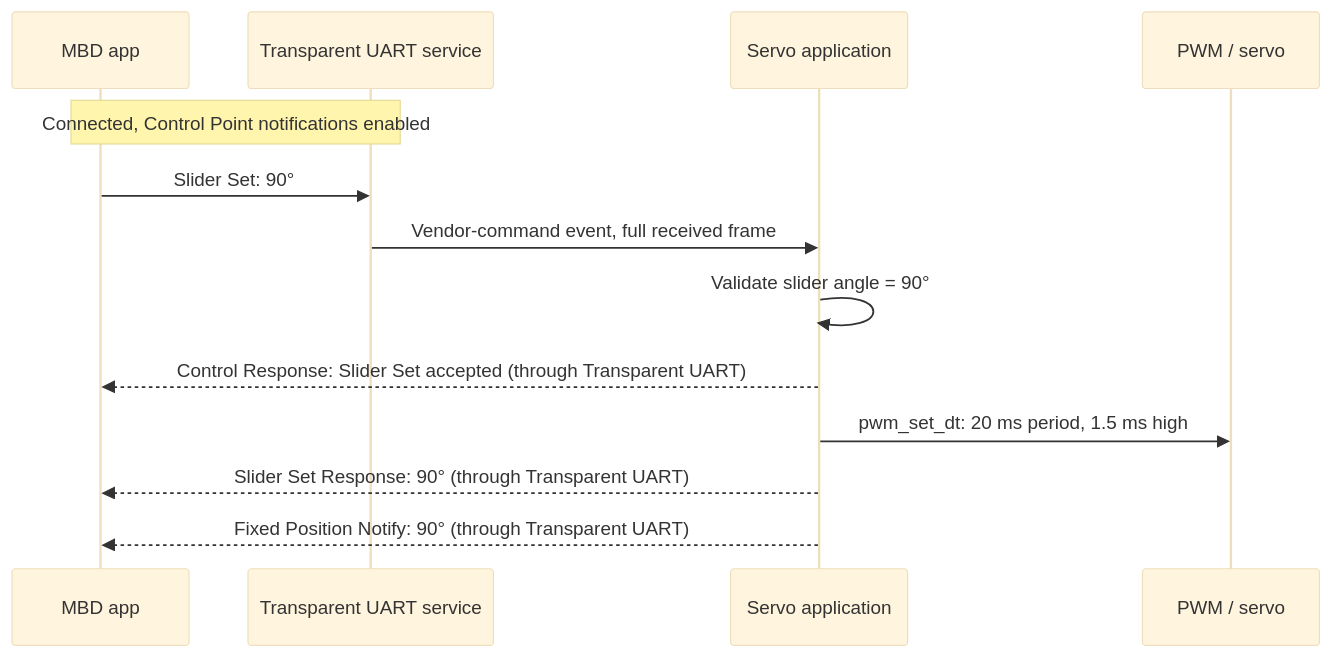
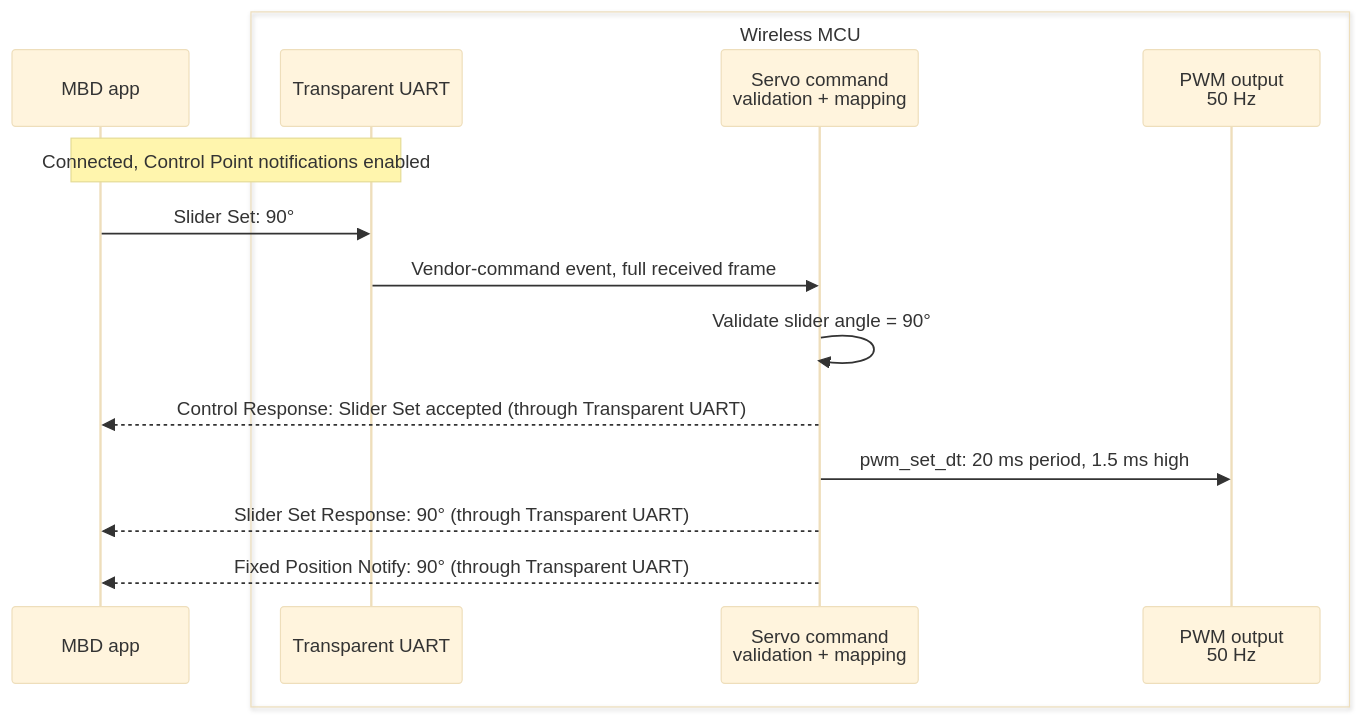
Before and after one commit to MicrochipTech/Bluetooth_LE_180_Servo_Motor_Control: the third of 3 diagrams in README.md, drawn with Mermaid (base theme). The commit also changed other lines of this file, not shown here.

Commit message:
Align BLE sequence diagram with architecture

````diff
--- a/README.md
+++ b/README.md
@@ -306,15 +305,17 @@
 ```mermaid
 sequenceDiagram
     participant M as MBD app
-    participant T as Transparent UART service
-    participant A as Servo application
-    participant P as PWM / servo
+    box Wireless MCU
+        participant T as Transparent UART
+        participant A as Servo command<br/>validation + mapping
+        participant P as PWM output<br/>50 Hz
+    end
     Note over M,T: Connected, Control Point notifications enabled
     M->>T: Slider Set: 90°
     T->>A: Vendor-command event, full received frame
     A->>A: Validate slider angle = 90°
     A-->>M: Control Response: Slider Set accepted (through Transparent UART)
     A->>P: pwm_set_dt: 20 ms period, 1.5 ms high
     A-->>M: Slider Set Response: 90° (through Transparent UART)
     A-->>M: Fixed Position Notify: 90° (through Transparent UART)
 ```
````
